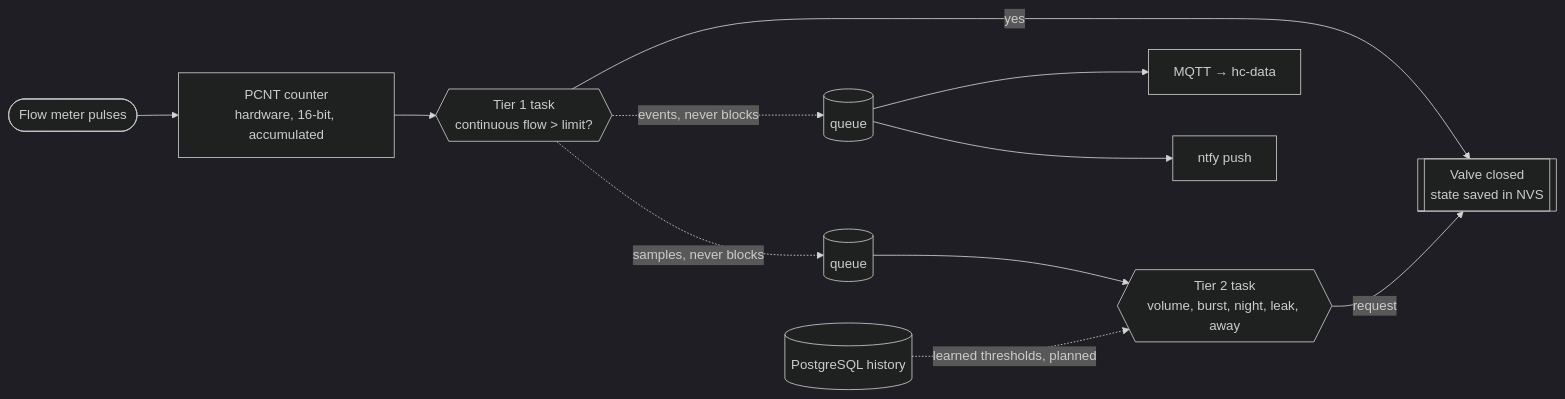
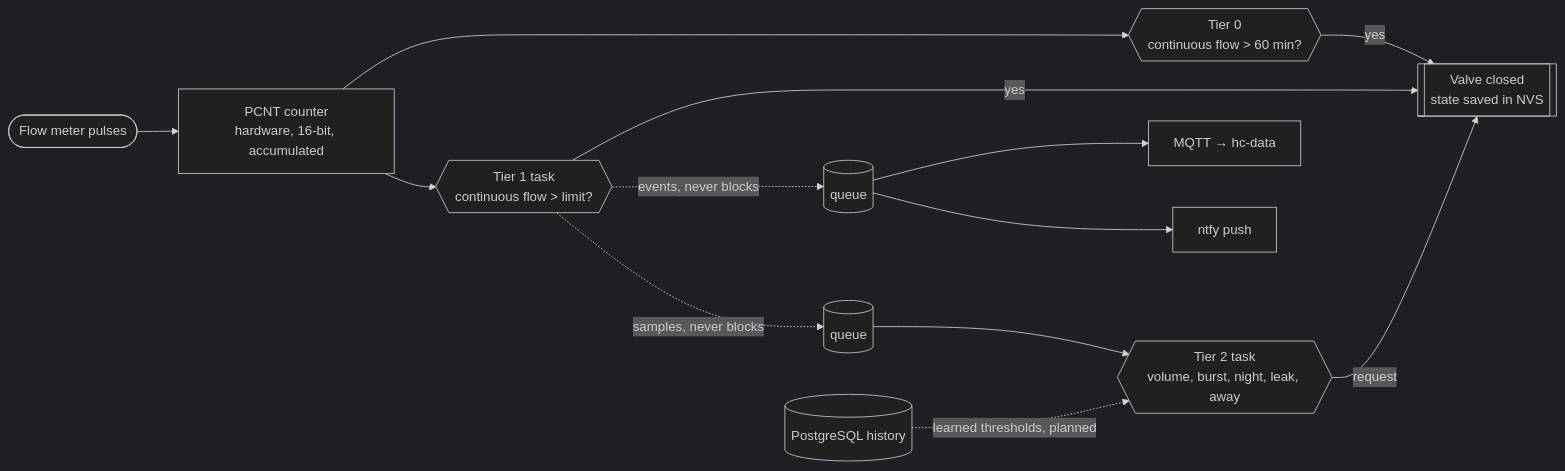
One commit to tomekceszke/water-controller changed the first of 2 diagrams in README.md. Above: the diagram before and after it, drawn with Mermaid (dark theme). The commit also changed other lines of this file and 22 other files, not shown here.

First line of the commit message:
Firmware 3.1.0: hard-coded Tier 0 (60 min), Tier 1 capped at 1 h, limits restart on reopen

````diff
--- a/README.md
+++ b/README.md
@@ -52,13 +52,15 @@
 ```mermaid
 flowchart LR
     meter([Flow meter pulses]) --> pcnt[PCNT counter<br/>hardware, 16-bit, accumulated]
+    pcnt --> t0{{"Tier 0<br/>continuous flow > 60 min?"}}
+    t0 -- yes --> valve
     pcnt --> t1{{"Tier 1 task<br/>continuous flow > limit?"}}
     t1 -- yes --> valve[[Valve closed<br/>state saved in NVS]]
     t1 -. samples, never blocks .-> q1[(queue)]
     q1 --> t2{{"Tier 2 task<br/>volume, burst, night, leak, away"}}
     t2 -- request --> valve
     t1 -. events, never blocks .-> q2[(queue)]
     q2 --> mqtt[MQTT → hc-data]
     q2 --> ntfy[ntfy push]
     server[(PostgreSQL history)] -. learned thresholds, planned .-> t2
 ```
````
